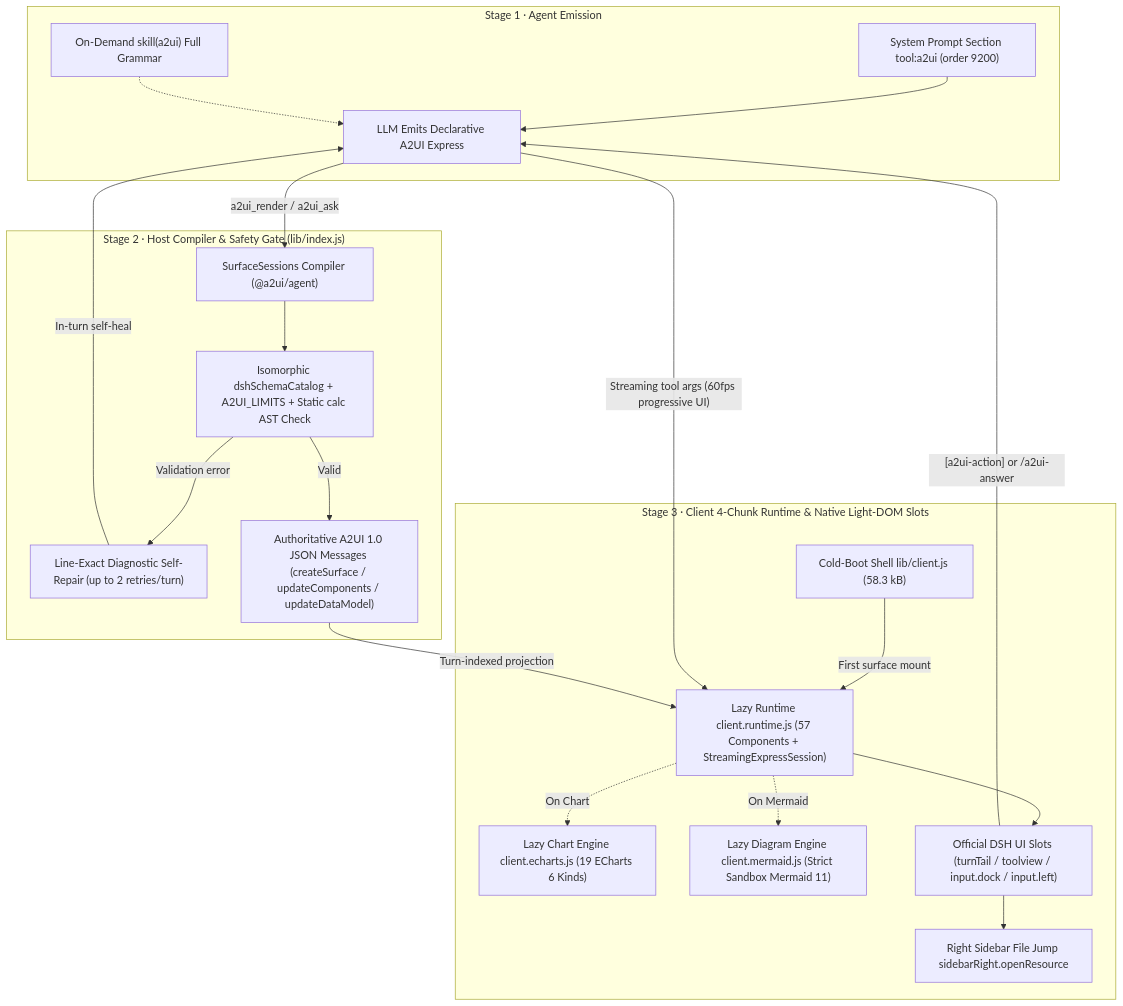
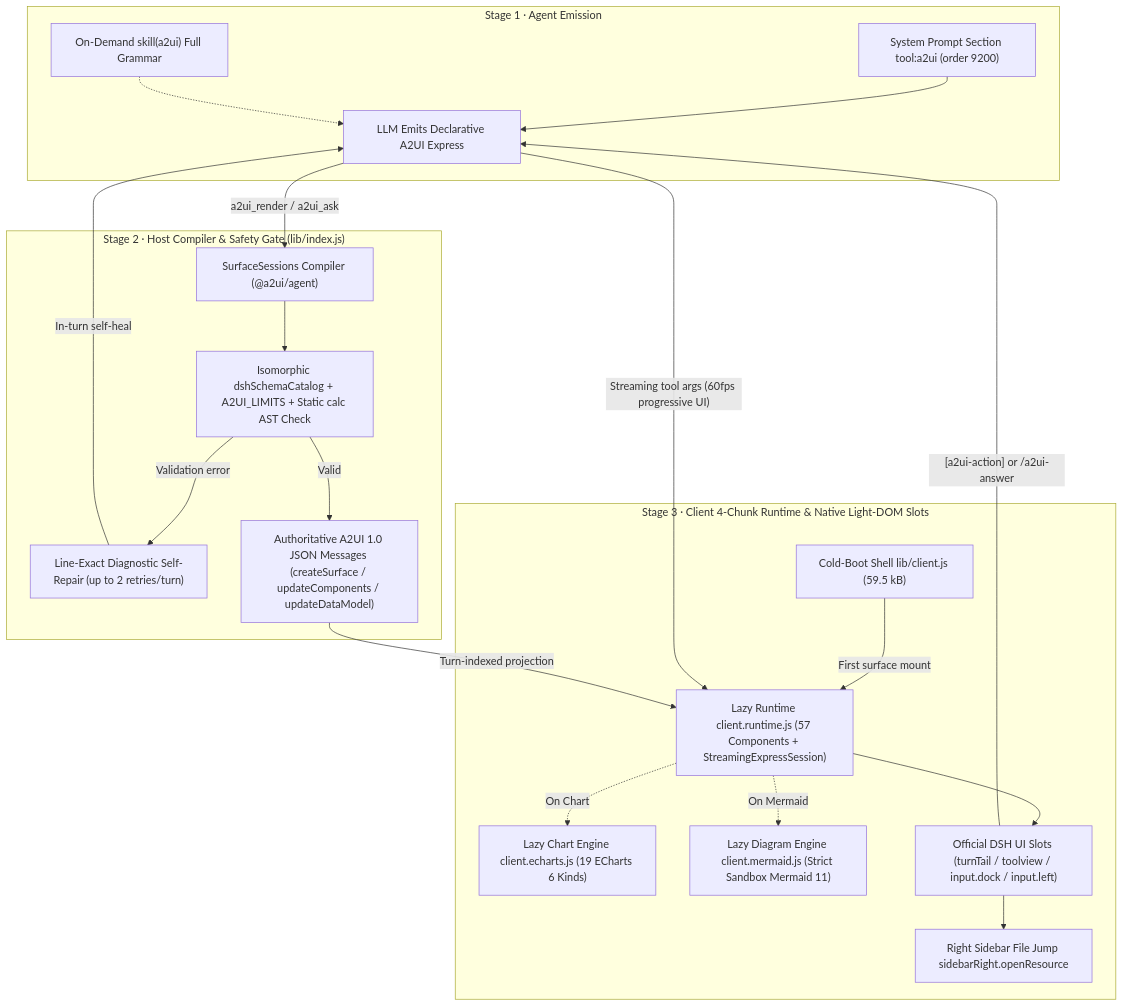
The diagram in docs/DEVELOPMENT.md (Geekhyt/dsh-genui-a2ui), drawn with Mermaid before and after one commit. The commit also changed other lines of this file and 66 other files, not shown here.

````diff
--- a/docs/DEVELOPMENT.md
+++ b/docs/DEVELOPMENT.md
@@ -17,40 +17,40 @@
 ```mermaid
 flowchart TB
   subgraph S1["Stage 1 · Agent Emission"]
     P["System Prompt Section tool:a2ui (order 9200)"]
     SK["On-Demand skill(a2ui) Full Grammar"]
     LLM["LLM Emits Declarative A2UI Express"]
     P --> LLM
     SK -.-> LLM
   end
 
   subgraph S2["Stage 2 · Host Compiler & Safety Gate (lib/index.js)"]
     COMP["SurfaceSessions Compiler (@a2ui/agent)"]
     ZOD["Isomorphic dshSchemaCatalog + A2UI_LIMITS + Static calc AST Check"]
     REPAIR["Line-Exact Diagnostic Self-Repair (up to 2 retries/turn)"]
     WIRE["Authoritative A2UI 1.0 JSON Messages (createSurface / updateComponents / updateDataModel)"]
     COMP --> ZOD
     ZOD -->|"Validation error"| REPAIR
     REPAIR -->|"In-turn self-heal"| LLM
     ZOD -->|"Valid"| WIRE
   end
 
   subgraph S3["Stage 3 · Client 4-Chunk Runtime & Native Light-DOM Slots"]
-    SHELL["Cold-Boot Shell lib/client.js (58.3 kB)"]
+    SHELL["Cold-Boot Shell lib/client.js (59.5 kB)"]
     RT["Lazy Runtime client.runtime.js (57 Components + StreamingExpressSession)"]
     EC["Lazy Chart Engine client.echarts.js (19 ECharts 6 Kinds)"]
     MM["Lazy Diagram Engine client.mermaid.js (Strict Sandbox Mermaid 11)"]
     SLOTS["Official DSH UI Slots (turnTail / toolview / input.dock / input.left)"]
     SIDE["Right Sidebar File Jump sidebarRight.openResource"]
     SHELL -->|"First surface mount"| RT
     RT -.->|"On Chart"| EC
     RT -.->|"On Mermaid"| MM
     RT --> SLOTS
     SLOTS --> SIDE
   end
 
   LLM -->|"Streaming tool args (60fps progressive UI)"| RT
   LLM -->|"a2ui_render / a2ui_ask"| COMP
   WIRE -->|"Turn-indexed projection"| RT
   SLOTS -->|"[a2ui-action] or /a2ui-answer"| LLM
 ```
````
